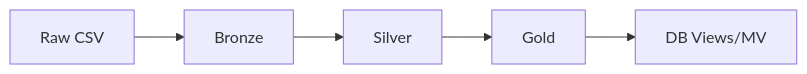
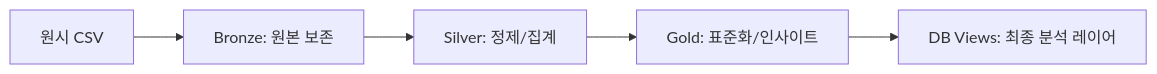
Before and after one commit to squirrelabbit/mcp: the second of 2 diagrams in README.md, drawn with Mermaid. The commit also changed other lines of this file, not shown here.

````diff
--- a/README.md
+++ b/README.md
@@ -64,7 +58,8 @@
 ```mermaid
 flowchart LR
-  R[Raw CSV] --> Br[Bronze]
-  Br --> Si[Silver]
-  Si --> Go[Gold]
-  Go --> V[DB Views/MV]
+  R[원시 CSV] --> Br[Bronze: 원본 보존]
+  Br --> Si[Silver: 정제/집계]
+  Si --> Go[Gold: 표준화/인사이트]
+  Go --> V[DB Views: 최종 분석 레이어]
+
 ```
````
